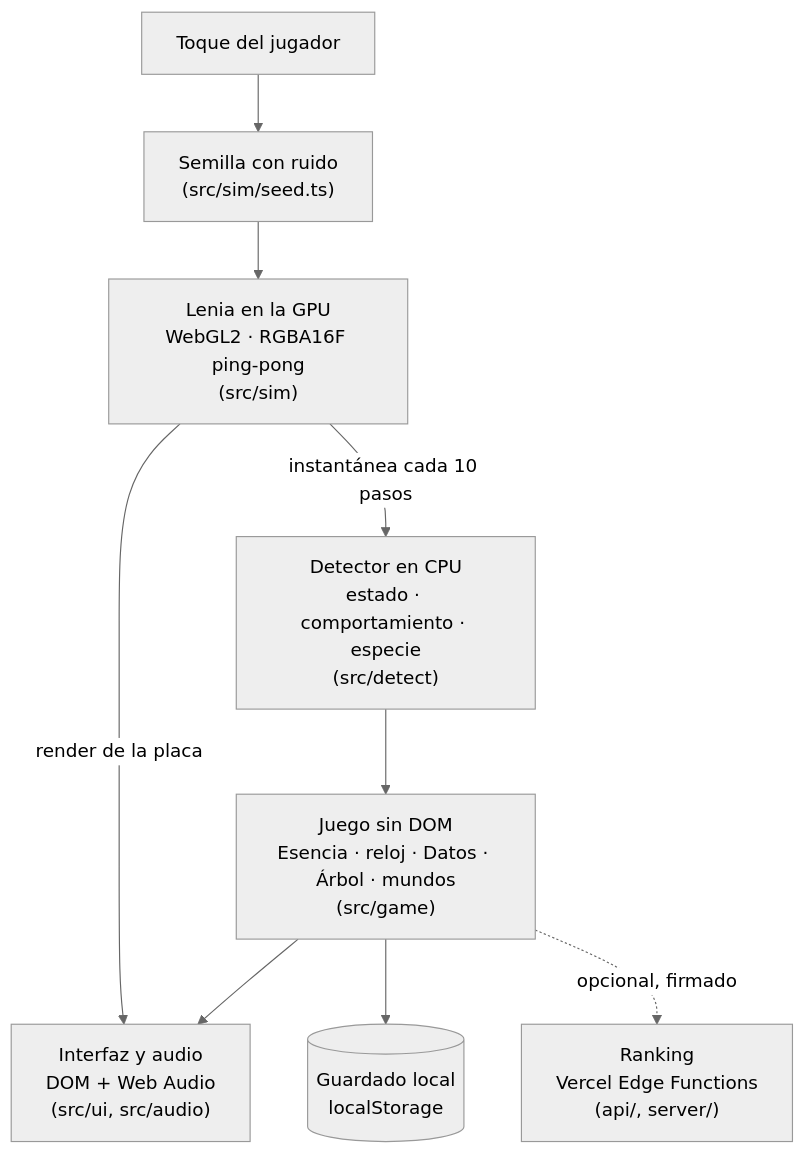
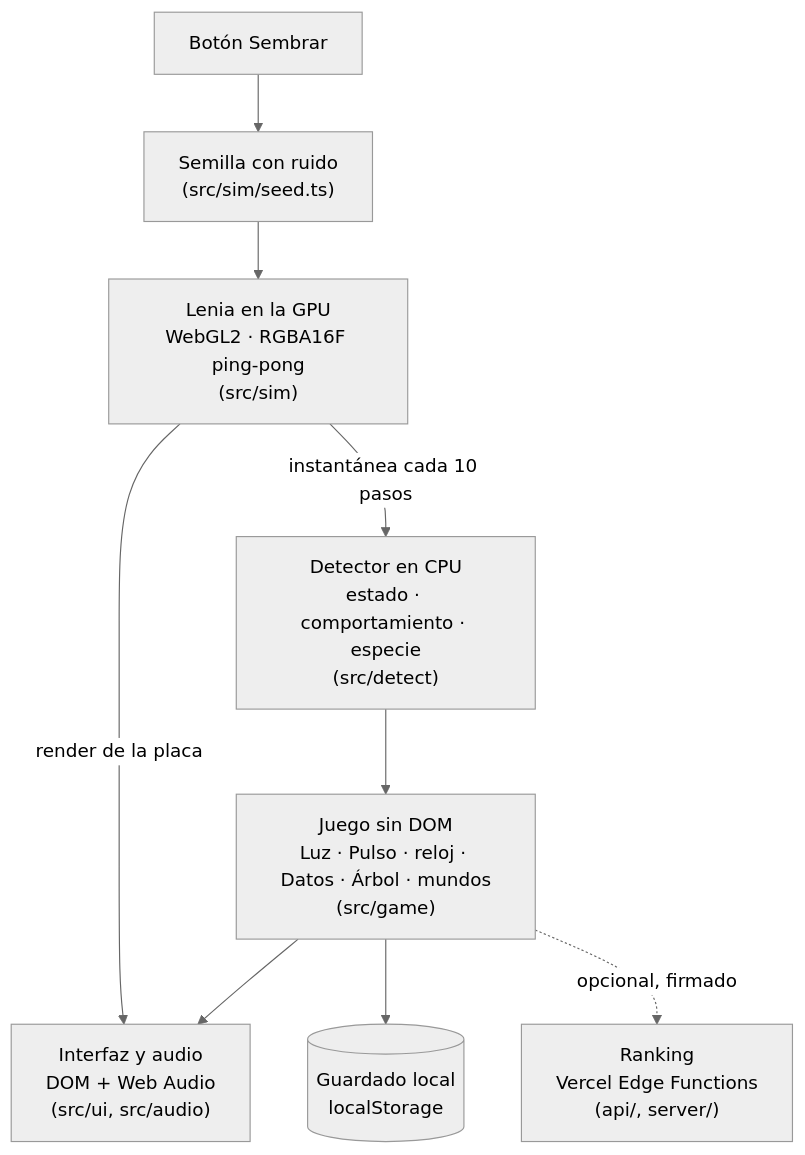
Before and after one commit to ronalc90/Lenia: the diagram in README.md, drawn with Mermaid (neutral theme). The commit also changed other lines of this file and 3 other files, not shown here.

Commit message:
README, manifiesto e index.html describen la v0.027: Luz, Sembrar y Pulso

````diff
--- a/README.md
+++ b/README.md
@@ -72,11 +75,11 @@
 ```mermaid
 flowchart TD
-    T["Toque del jugador"] --> S["Semilla con ruido<br/>(src/sim/seed.ts)"]
+    T["Botón Sembrar"] --> S["Semilla con ruido<br/>(src/sim/seed.ts)"]
     S --> G["Lenia en la GPU<br/>WebGL2 · RGBA16F ping-pong<br/>(src/sim)"]
     G -- "instantánea cada 10 pasos" --> D["Detector en CPU<br/>estado · comportamiento · especie<br/>(src/detect)"]
-    D --> J["Juego sin DOM<br/>Esencia · reloj · Datos · Árbol · mundos<br/>(src/game)"]
+    D --> J["Juego sin DOM<br/>Luz · Pulso · reloj · Datos · Árbol · mundos<br/>(src/game)"]
     G -- "render de la placa" --> U["Interfaz y audio<br/>DOM + Web Audio<br/>(src/ui, src/audio)"]
     J --> U
     J --> L[("Guardado local<br/>localStorage")]
     J -. "opcional, firmado" .-> R["Ranking<br/>Vercel Edge Functions<br/>(api/, server/)"]
 ```
````
